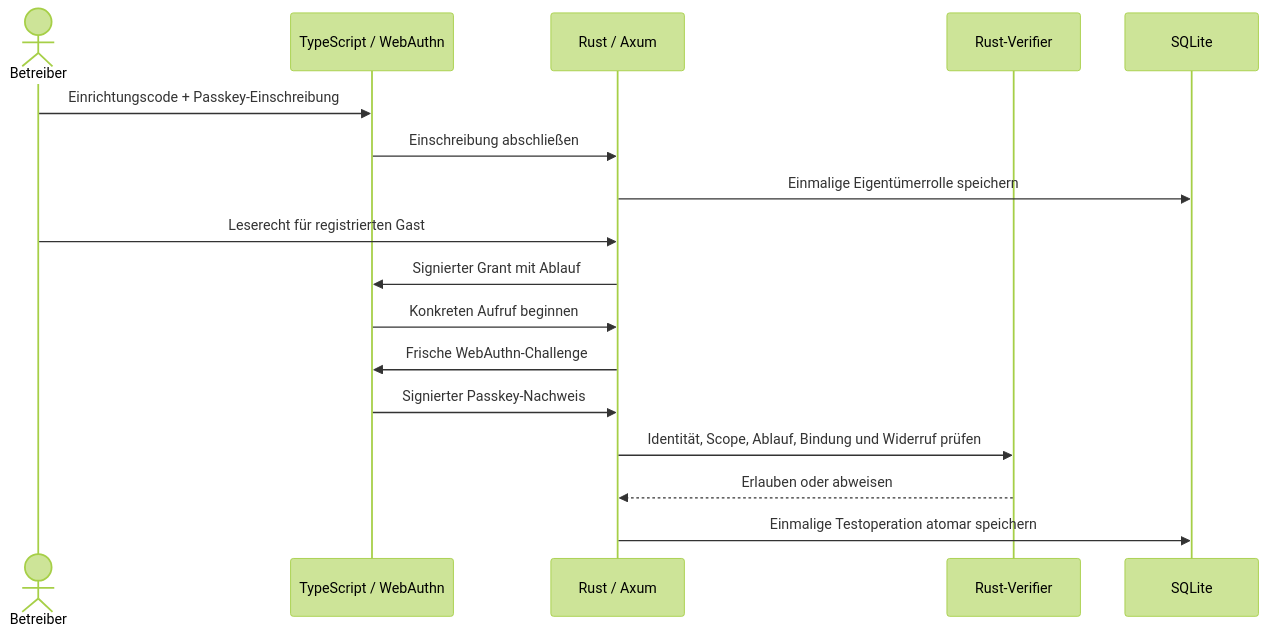
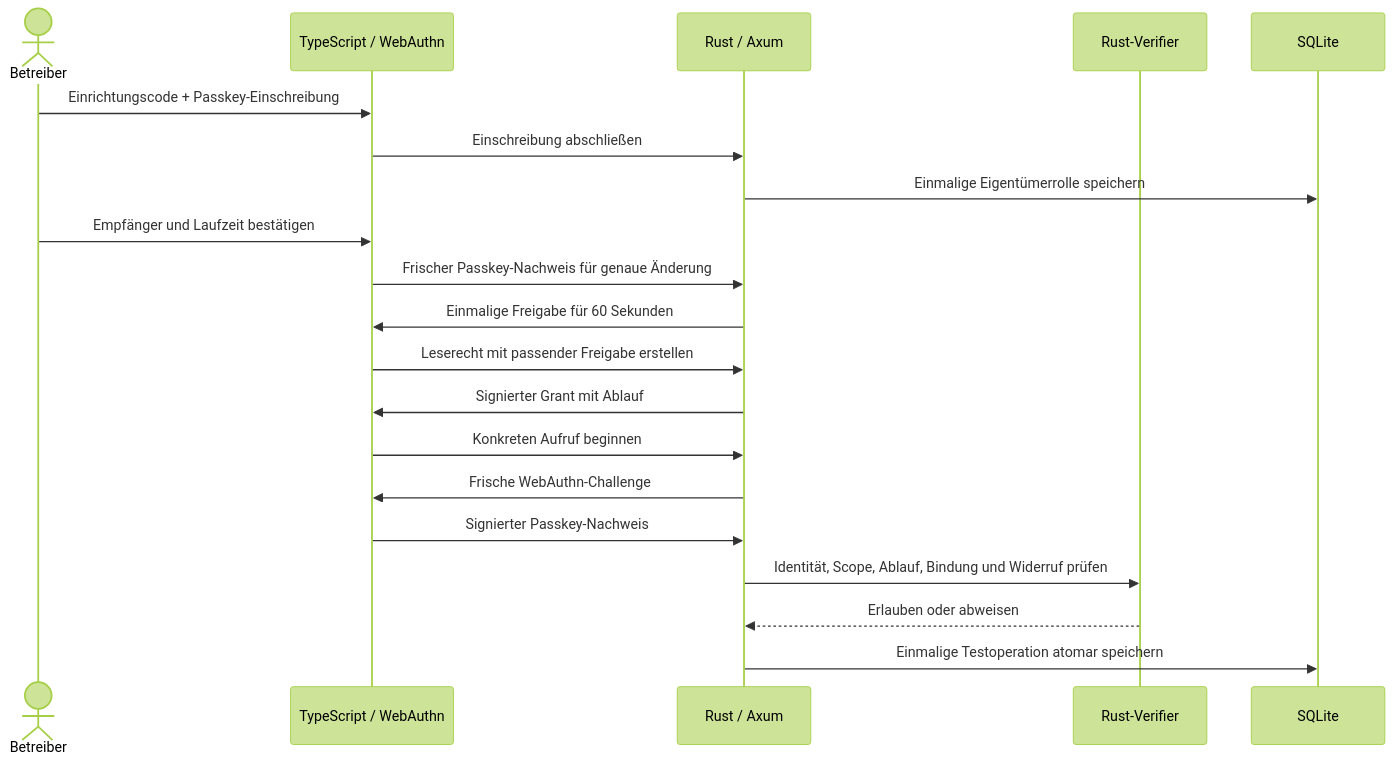
Before and after one commit to Supersynergy/HeavenKey: the diagram in README.md, drawn with Mermaid (forest theme). The commit also changed other lines of this file and 42 other files, not shown here.

````diff
--- a/README.md
+++ b/README.md
@@ -68,19 +69,22 @@
 ```mermaid
 sequenceDiagram
     actor Betreiber
     participant B as TypeScript / WebAuthn
     participant A as Rust / Axum
     participant V as Rust-Verifier
     participant D as SQLite
     Betreiber->>B: Einrichtungscode + Passkey-Einschreibung
     B->>A: Einschreibung abschließen
     A->>D: Einmalige Eigentümerrolle speichern
-    Betreiber->>A: Leserecht für registrierten Gast
+    Betreiber->>B: Empfänger und Laufzeit bestätigen
+    B->>A: Frischer Passkey-Nachweis für genaue Änderung
+    A->>B: Einmalige Freigabe für 60 Sekunden
+    B->>A: Leserecht mit passender Freigabe erstellen
     A->>B: Signierter Grant mit Ablauf
     B->>A: Konkreten Aufruf beginnen
     A->>B: Frische WebAuthn-Challenge
     B->>A: Signierter Passkey-Nachweis
     A->>V: Identität, Scope, Ablauf, Bindung und Widerruf prüfen
     V-->>A: Erlauben oder abweisen
     A->>D: Einmalige Testoperation atomar speichern
 ```
````
